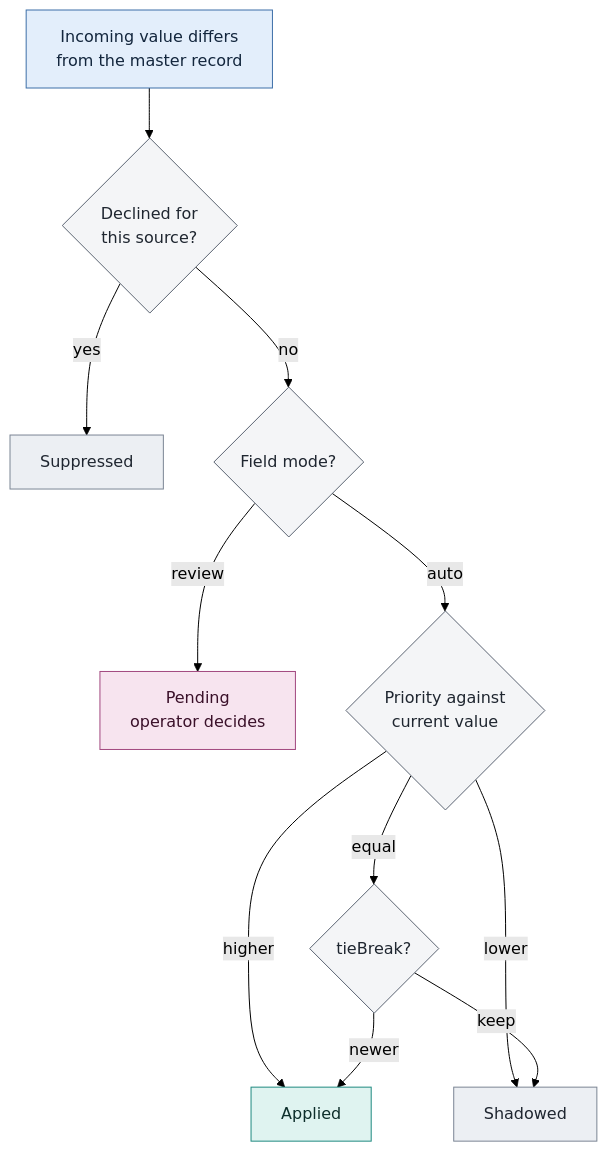
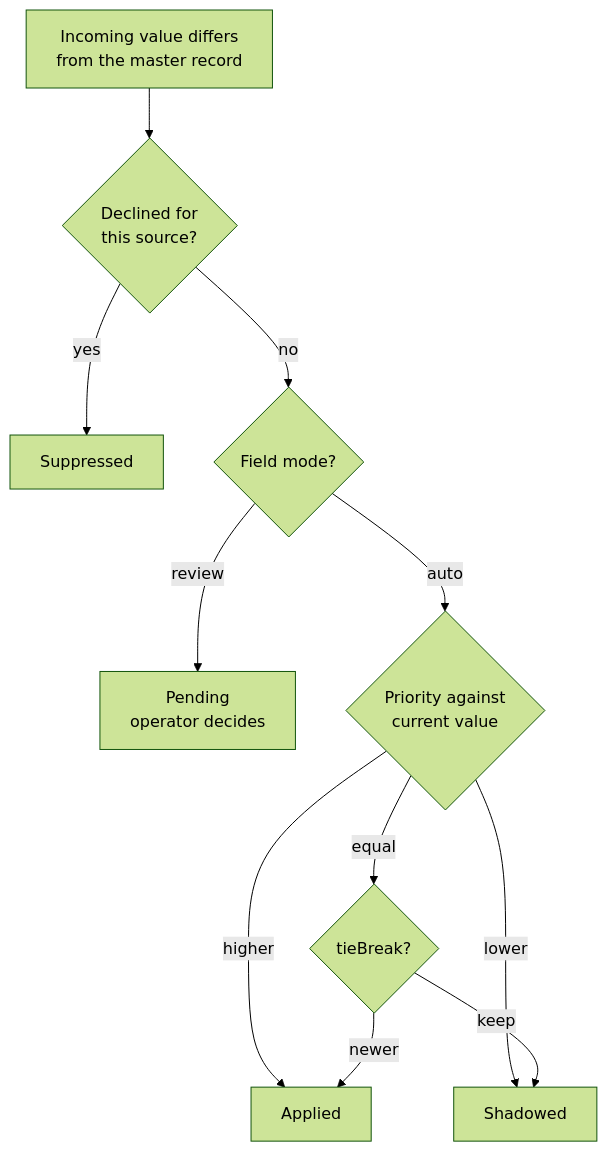
The diagram in docs/prism/methodology/_designing-rules.md (corvisau/corvis-sightline-whitepapers), drawn with Mermaid (forest theme) before and after one commit. The commit also changed other lines of this file and 72 other files, not shown here.

First line of the commit message:
Restyle Prism diagrams, republish Prism and Sightline docs

````diff
--- a/docs/prism/methodology/_designing-rules.md
+++ b/docs/prism/methodology/_designing-rules.md
@@ -103,24 +103,18 @@
 ```mermaid
 flowchart TD
     A["Incoming value differs<br/>from the master record"] --> B{"Declined for<br/>this source?"}
     B -- yes --> X["Suppressed"]
     B -- no --> C{"Field mode?"}
     C -- review --> P["Pending<br/>operator decides"]
     C -- auto --> D{"Priority against<br/>current value"}
     D -- higher --> AP["Applied"]
     D -- lower --> SH["Shadowed"]
     D -- equal --> T{"tieBreak?"}
     T -- newer --> AP
     T -- keep --> SH
-    classDef src fill:#e3eefb,stroke:#3d6fa8,color:#13263d
-    classDef proc fill:#dff3f0,stroke:#1f8a80,color:#0d2e2b
-    classDef store fill:#fbf0dc,stroke:#b07d1f,color:#3a2806
-    classDef person fill:#f7e4ef,stroke:#a2477f,color:#3a1029
-    classDef muted fill:#eceff3,stroke:#7b8594,color:#1f2630
-    classDef q fill:#f4f5f7,stroke:#5b6472,color:#1f2630
     class A src
     class B,C,D,T q
     class AP proc
     class P person
     class SH,X muted
 ```
````
